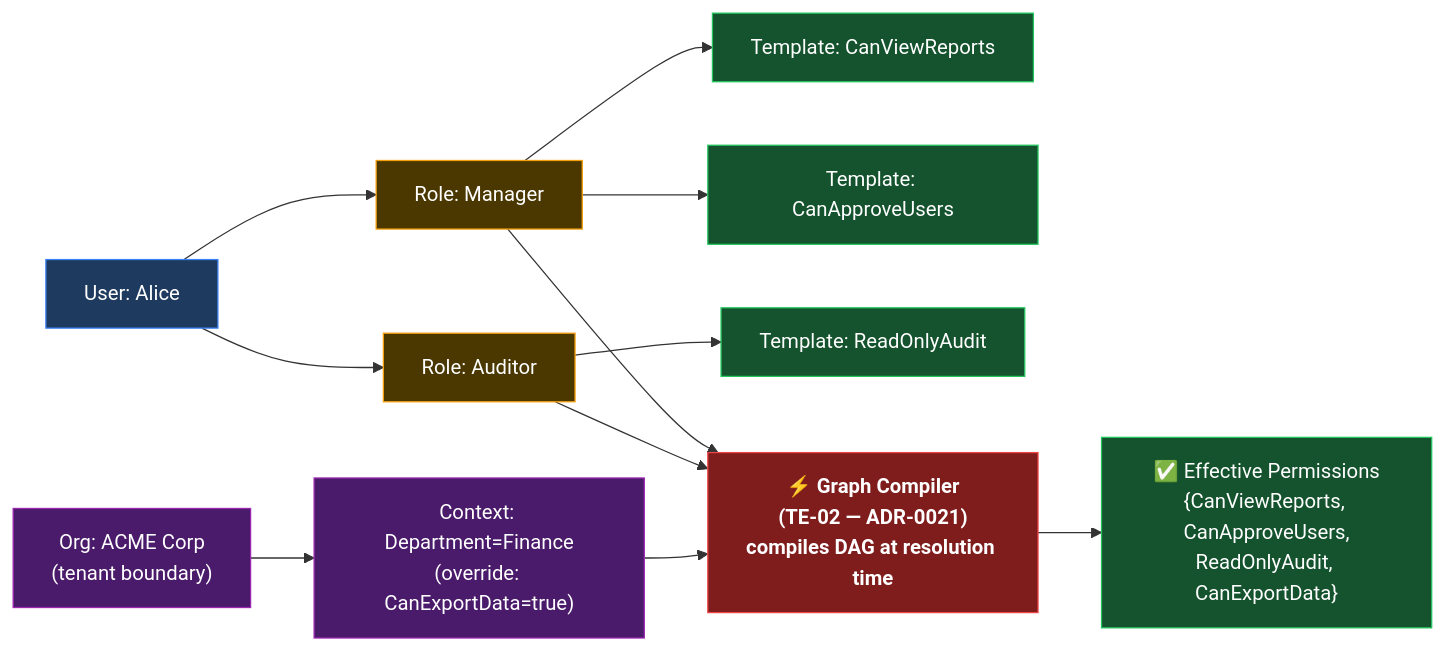
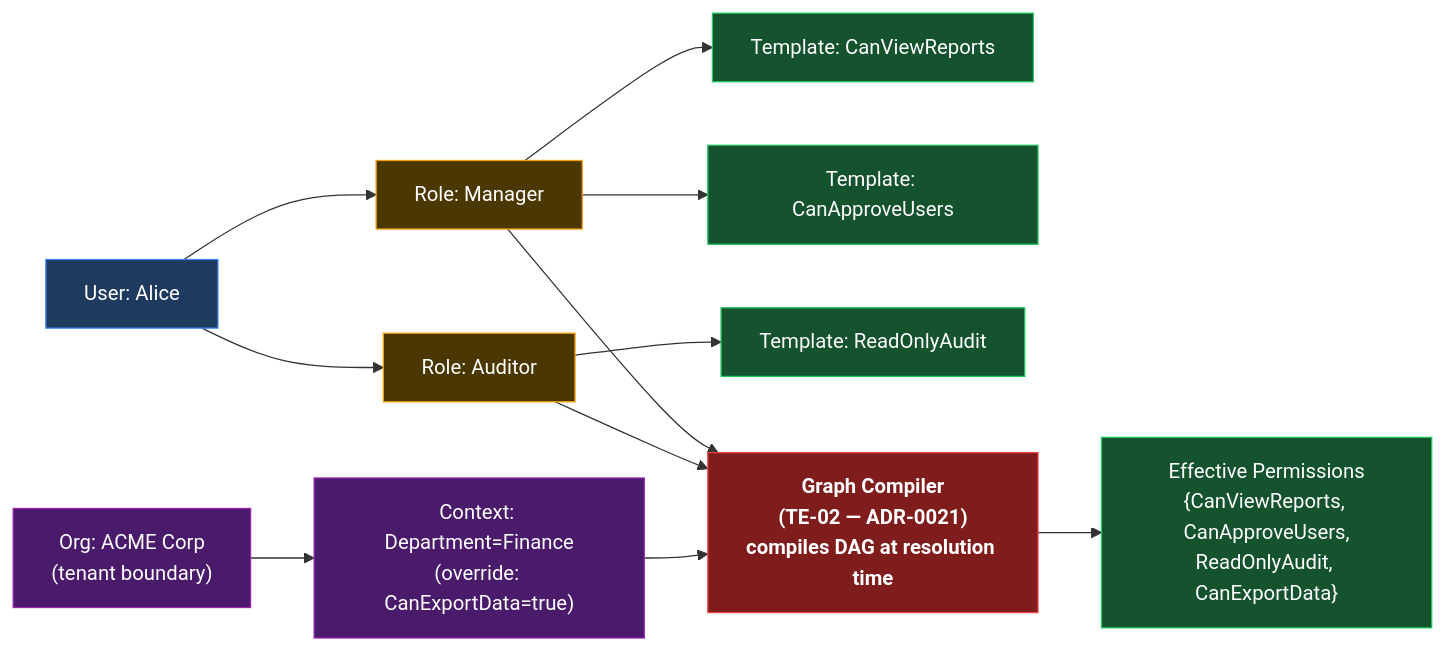
Before and after one commit to beyondnetcode/evolith_arch32: the fourth of 7 diagrams in reference/knowledge/demo/ums-technical-overview.md, drawn with Mermaid. The commit also changed other lines of this file and 41 other files, not shown here.

````diff
--- a/reference/knowledge/demo/ums-technical-overview.md
+++ b/reference/knowledge/demo/ums-technical-overview.md
@@ -158,26 +158,26 @@
 ```mermaid
 flowchart LR
     classDef user fill:#1e3a5f,stroke:#3b82f6,color:#fff
     classDef role fill:#4a3800,stroke:#f59e0b,color:#fff
     classDef template fill:#14532d,stroke:#22c55e,color:#fff
     classDef org fill:#4a1a6b,stroke:#9c27b0,color:#fff
     classDef result fill:#7f1d1d,stroke:#ef4444,color:#fff,font-weight:bold
 
     U["User: Alice"]:::user
     R1["Role: Manager"]:::role
     R2["Role: Auditor"]:::role
     T1["Template: CanViewReports"]:::template
     T2["Template: CanApproveUsers"]:::template
     T3["Template: ReadOnlyAudit"]:::template
     ORG["Org: ACME Corp\n(tenant boundary)"]:::org
     OVERRIDE["Context: Department=Finance\n(override: CanExportData=true)"]:::org
 
     U --> R1 & R2
     R1 --> T1 & T2
     R2 --> T3
     ORG --> OVERRIDE
 
-    COMPILER["⚡ Graph Compiler\n(TE-02 — ADR-0021)\ncompiles DAG at resolution time"]:::result
+    COMPILER[" Graph Compiler\n(TE-02 — ADR-0021)\ncompiles DAG at resolution time"]:::result
     R1 & R2 & OVERRIDE --> COMPILER
-    COMPILER --> EFFECTIVE["✅ Effective Permissions\n{CanViewReports, CanApproveUsers,\nReadOnlyAudit, CanExportData}"]:::template
+    COMPILER --> EFFECTIVE[" Effective Permissions\n{CanViewReports, CanApproveUsers,\nReadOnlyAudit, CanExportData}"]:::template
 ```
````
